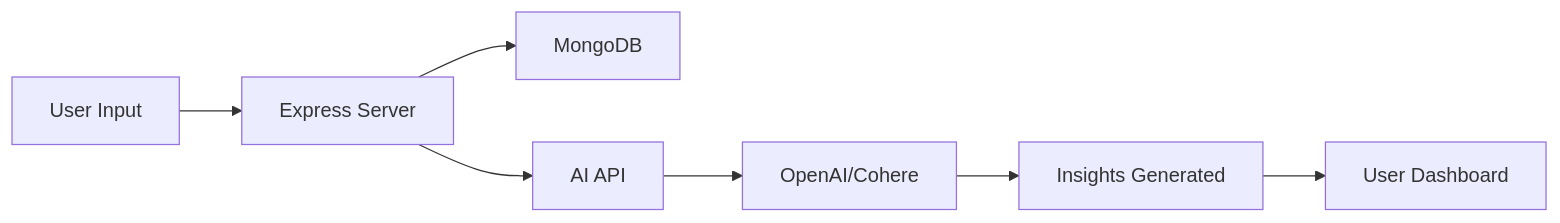
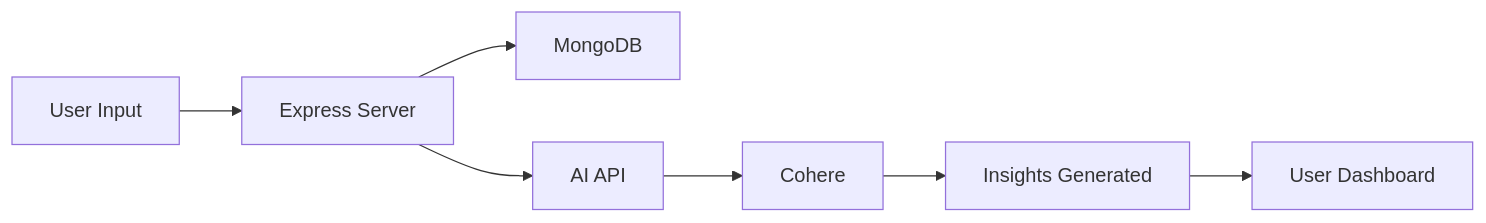
Before and after one commit to M0rs-Ruki/AI-Personal-Finance-Tracker: the first of 2 diagrams in README.md, drawn with Mermaid. The commit also changed other lines of this file, not shown here.

````diff
--- a/README.md
+++ b/README.md
@@ -84,9 +84,9 @@
 ```mermaid
 graph LR
     A[User Input] --> B[Express Server]
     B --> C[MongoDB]
     B --> D[AI API]
-    D --> E[OpenAI/Cohere]
+    D --> E[Cohere]
     E --> F[Insights Generated]
     F --> G[User Dashboard]
 ```
````
